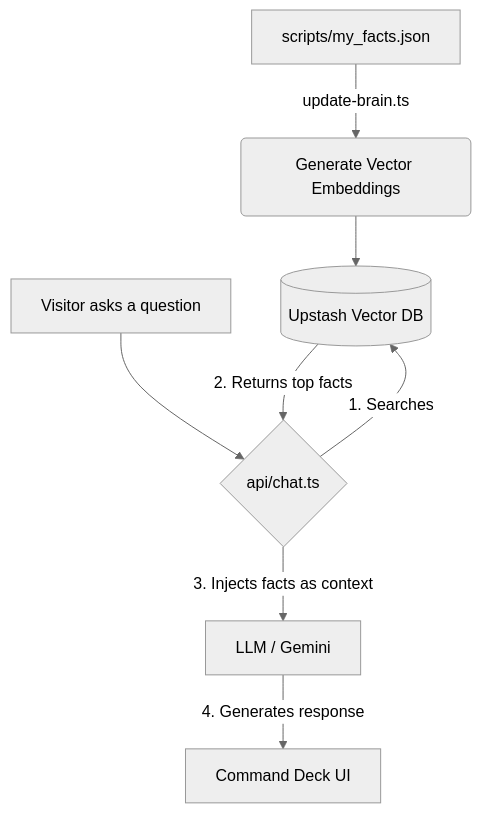
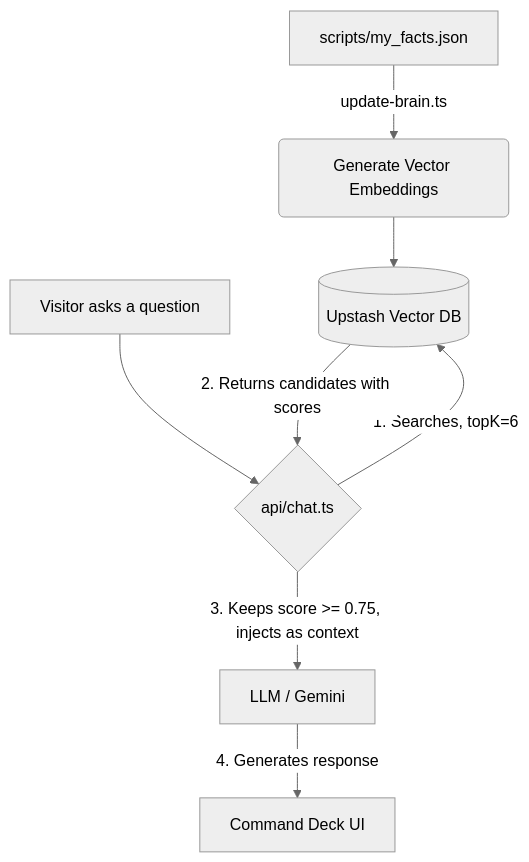
One commit to SuperaNova/sheohn changed the diagram in docs/AI_AGENT_DATA.md. Above: the diagram before and after it, drawn with Mermaid (neutral theme). The commit also changed other lines of this file and 4 other files, not shown here.

````diff
--- a/docs/AI_AGENT_DATA.md
+++ b/docs/AI_AGENT_DATA.md
@@ -11,11 +11,11 @@
 ```mermaid
 flowchart TD
     A[scripts/my_facts.json] -->|update-brain.ts| B(Generate Vector Embeddings)
     B --> C[(Upstash Vector DB)]
 
     D[Visitor asks a question] --> E{api/chat.ts}
-    E -->|1. Searches| C
-    C -->|2. Returns top facts| E
-    E -->|3. Injects facts as context| F[LLM / Gemini]
+    E -->|1. Searches, topK=6| C
+    C -->|2. Returns candidates with scores| E
+    E -->|3. Keeps score >= 0.75, injects as context| F[LLM / Gemini]
     F -->|4. Generates response| G[Command Deck UI]
 ```
````
